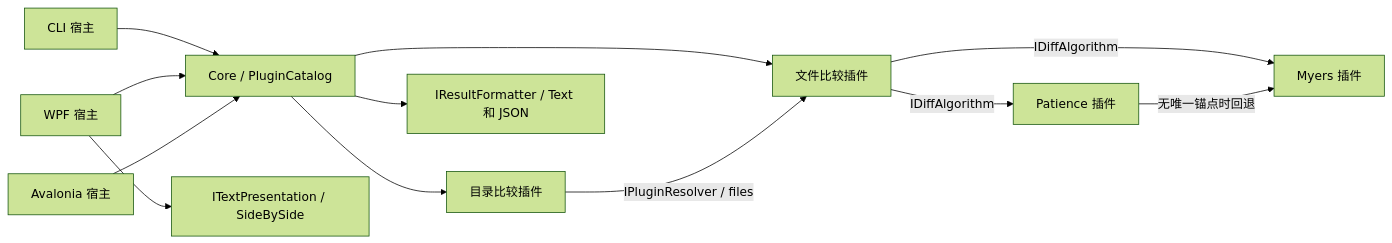
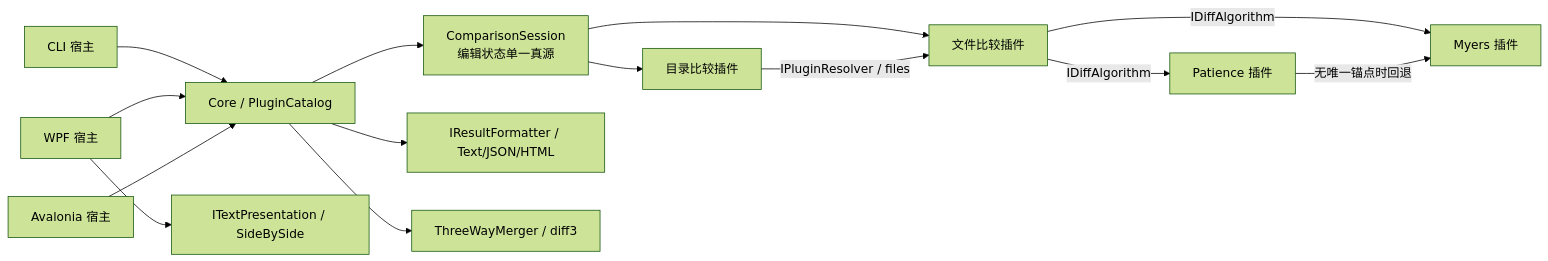
One commit to fantiny/ModularDiff changed the diagram in README.md. Above: the diagram before and after it, drawn with Mermaid (forest theme). The commit also changed other lines of this file, not shown here.

First line of the commit message:
README: comprehensive update for all new features and architecture

````diff
--- a/README.md
+++ b/README.md
@@ -89,14 +97,16 @@
 ```mermaid
 flowchart LR
     CLI[CLI 宿主] --> Core[Core / PluginCatalog]
     GUI[WPF 宿主] --> Core
     Desktop[Avalonia 宿主] --> Core
-    Core --> Directory[目录比较插件]
-    Core --> File[文件比较插件]
+    Core --> Session[ComparisonSession<br/>编辑状态单一真源]
+    Session --> Directory[目录比较插件]
+    Session --> File[文件比较插件]
     Directory -->|IPluginResolver / files| File
     File -->|IDiffAlgorithm| Myers[Myers 插件]
     File -->|IDiffAlgorithm| Patience[Patience 插件]
     Patience -->|无唯一锚点时回退| Myers
-    Core --> Format[IResultFormatter / Text 和 JSON]
+    Core --> Format[IResultFormatter / Text/JSON/HTML]
+    Core --> Merge[ThreeWayMerger / diff3]
     GUI --> Presentation[ITextPresentation / SideBySide]
 ```
````
